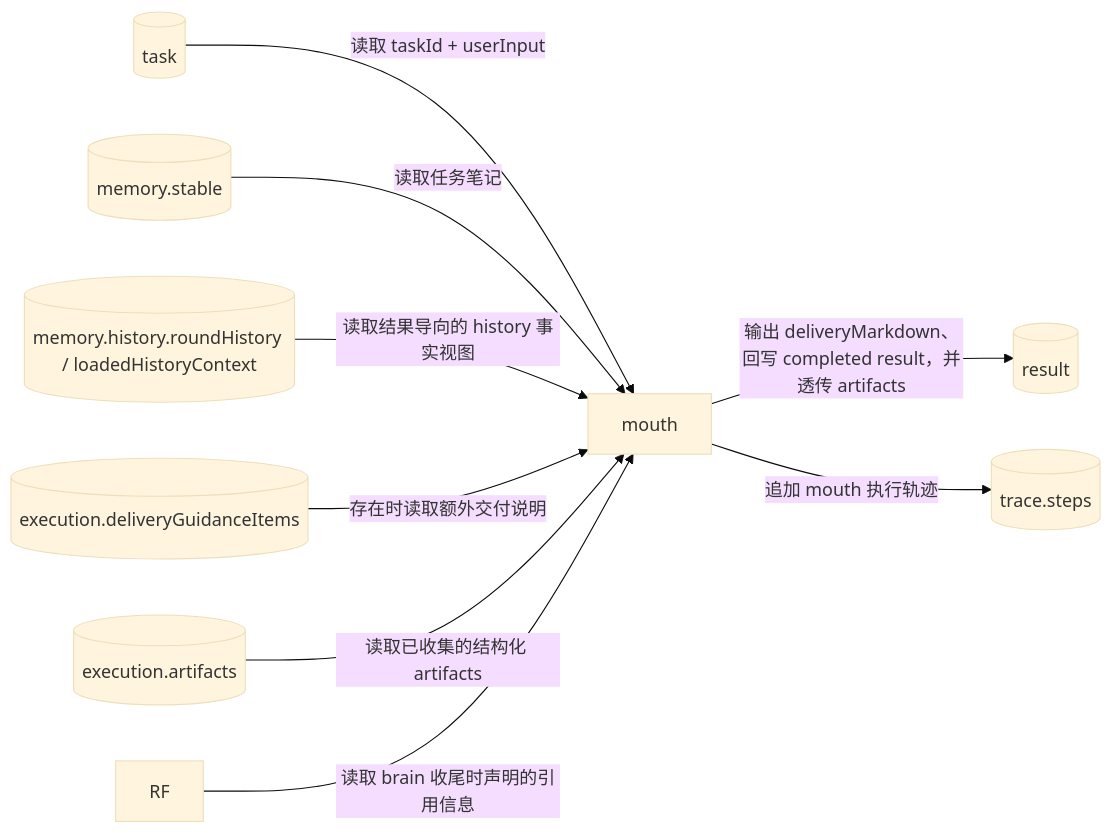
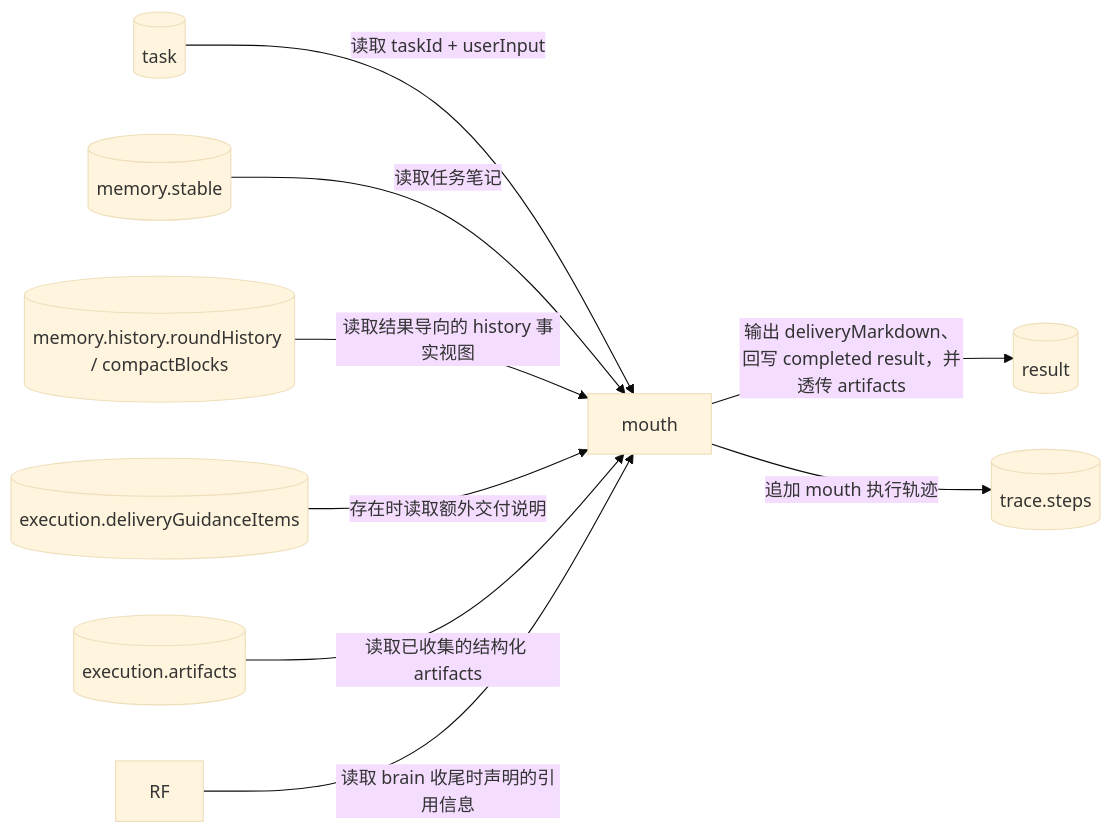
Before and after one commit to Yoan98/Ncurator: the fifth of 5 diagrams in doc/ai-design/data-definition-and-flow.md, drawn with Mermaid (base theme). The commit also changed other lines of this file and 55 other files, not shown here.

````diff
--- a/doc/ai-design/data-definition-and-flow.md
+++ b/doc/ai-design/data-definition-and-flow.md
@@ -1140,20 +1194,20 @@
 ```mermaid
 flowchart LR
     T[("task")]
     SM[("memory.stable")]
-    PM[("memory.history.roundHistory / loadedHistoryContext")]
+    PM[("memory.history.roundHistory / compactBlocks")]
     DG[("execution.deliveryGuidanceItems")]
     A[("execution.artifacts")]
     M["mouth"]
     R[("result")]
     TR[("trace.steps")]
 
     T -->|读取 taskId + userInput| M
     SM -->|读取任务笔记| M
     PM -->|读取结果导向的 history 事实视图| M
     DG -->|存在时读取额外交付说明| M
     A -->|读取已收集的结构化 artifacts| M
     RF -->|读取 brain 收尾时声明的引用信息| M
     M -->|输出 deliveryMarkdown、回写 completed result，并透传 artifacts| R
     M -->|追加 mouth 执行轨迹| TR
 ```
````
